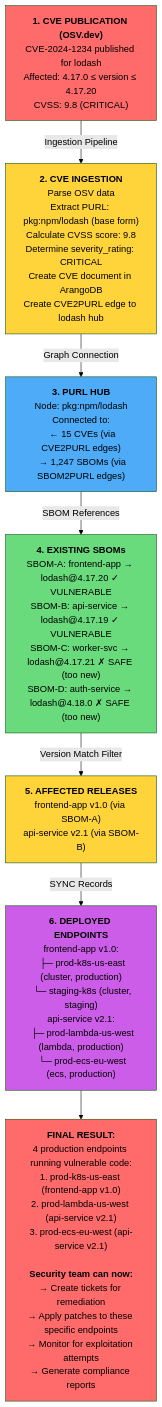
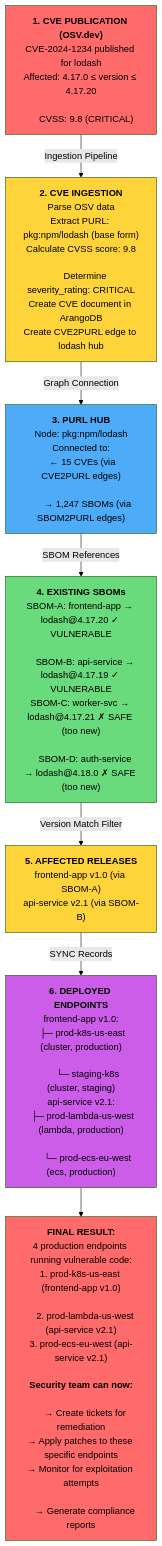
Before and after one commit to ortelius/cve2release-tracker: the ninth of 23 diagrams in design.md, drawn with Mermaid (forest theme). The commit also changed other lines of this file, not shown here.

````diff
--- a/design.md
+++ b/design.md
@@ -487,36 +492,46 @@
 ```mermaid
 flowchart TB
-    Step1["<b>1. CVE PUBLICATION (OSV.dev)</b><br/>CVE-2024-1234 published for lodash<br/>Affected: 4.17.0 ≤ version ≤ 4.17.20<br/>CVSS: 9.8 (CRITICAL)"]
+    Step1["<b>1. CVE PUBLICATION (OSV.dev)</b><br/>CVE-2024-1234 published for lodash<br/>Affected: 4.17.0 ≤ version ≤ 4.17.20<br/>
+    CVSS: 9.8 (CRITICAL)"]
     
     Step1 -->|Ingestion Pipeline| Step2
     
-    Step2["<b>2. CVE INGESTION</b><br/>Parse OSV data<br/>Extract PURL: pkg:npm/lodash (base form)<br/>Calculate CVSS score: 9.8<br/>Determine severity_rating: CRITICAL<br/>Create CVE document in ArangoDB<br/>Create CVE2PURL edge to lodash hub"]
+    Step2["<b>2. CVE INGESTION</b><br/>Parse OSV data<br/>Extract PURL: pkg:npm/lodash (base form)<br/>Calculate CVSS score: 9.8<br/>
+    Determine severity_rating: CRITICAL<br/>Create CVE document in ArangoDB<br/>Create CVE2PURL edge to lodash hub"]
     
     Step2 -->|Graph Connection| Step3
     
-    Step3["<b>3. PURL HUB</b><br/>Node: pkg:npm/lodash<br/>Connected to:<br/>  ← 15 CVEs (via CVE2PURL edges)<br/>  → 1,247 SBOMs (via SBOM2PURL edges)"]
+    Step3["<b>3. PURL HUB</b><br/>Node: pkg:npm/lodash<br/>Connected to:<br/>  ← 15 CVEs (via CVE2PURL edges)<br/>
+      → 1,247 SBOMs (via SBOM2PURL edges)"]
     
     Step3 -->|SBOM References| Step4
     
-    Step4["<b>4. EXISTING SBOMs</b><br/>SBOM-A: frontend-app → lodash@4.17.20 ✓ VULNERABLE<br/>SBOM-B: api-service → lodash@4.17.19 ✓ VULNERABLE<br/>SBOM-C: worker-svc → lodash@4.17.21 ✗ SAFE (too new)<br/>SBOM-D: auth-service → lodash@4.18.0 ✗ SAFE (too new)"]
+    Step4["<b>4. EXISTING SBOMs</b><br/>SBOM-A: frontend-app → lodash@4.17.20 ✓ VULNERABLE<br/>
+    SBOM-B: api-service → lodash@4.17.19 ✓ VULNERABLE<br/>SBOM-C: worker-svc → lodash@4.17.21 ✗ SAFE (too new)<br/>
+    SBOM-D: auth-service → lodash@4.18.0 ✗ SAFE (too new)"]
     
     Step4 -->|Version Match Filter| Step5
     
     Step5["<b>5. AFFECTED RELEASES</b><br/>frontend-app v1.0 (via SBOM-A)<br/>api-service v2.1 (via SBOM-B)"]
     
     Step5 -->|SYNC Records| Step6
     
-    Step6["<b>6. DEPLOYED ENDPOINTS</b><br/>frontend-app v1.0:<br/>  ├─ prod-k8s-us-east (cluster, production)<br/>  └─ staging-k8s (cluster, staging)<br/>api-service v2.1:<br/>  ├─ prod-lambda-us-west (lambda, production)<br/>  └─ prod-ecs-eu-west (ecs, production)"]
+    Step6["<b>6. DEPLOYED ENDPOINTS</b><br/>frontend-app v1.0:<br/>  ├─ prod-k8s-us-east (cluster, production)<br/>
+      └─ staging-k8s (cluster, staging)<br/>api-service v2.1:<br/>  ├─ prod-lambda-us-west (lambda, production)<br/>
+      └─ prod-ecs-eu-west (ecs, production)"]
     
     Step6 --> Result
     
-    Result["<b>FINAL RESULT:</b><br/>4 production endpoints running vulnerable code:<br/>1. prod-k8s-us-east (frontend-app v1.0)<br/>2. prod-lambda-us-west (api-service v2.1)<br/>3. prod-ecs-eu-west (api-service v2.1)<br/><br/><b>Security team can now:</b><br/>→ Create tickets for remediation<br/>→ Apply patches to these specific endpoints<br/>→ Monitor for exploitation attempts<br/>→ Generate compliance reports"]
+    Result["<b>FINAL RESULT:</b><br/>4 production endpoints running vulnerable code:<br/>1. prod-k8s-us-east (frontend-app v1.0)<br/>
+    2. prod-lambda-us-west (api-service v2.1)<br/>3. prod-ecs-eu-west (api-service v2.1)<br/><br/><b>Security team can now:</b><br/>
+    → Create tickets for remediation<br/>→ Apply patches to these specific endpoints<br/>→ Monitor for exploitation attempts<br/>
+    → Generate compliance reports"]
     
     style Step1 fill:#ff6b6b
     style Step2 fill:#ffd43b
     style Step3 fill:#4dabf7
     style Step4 fill:#69db7c
     style Step5 fill:#ffd43b
     style Step6 fill:#cc5de8
     style Result fill:#ff6b6b
 ```
````
